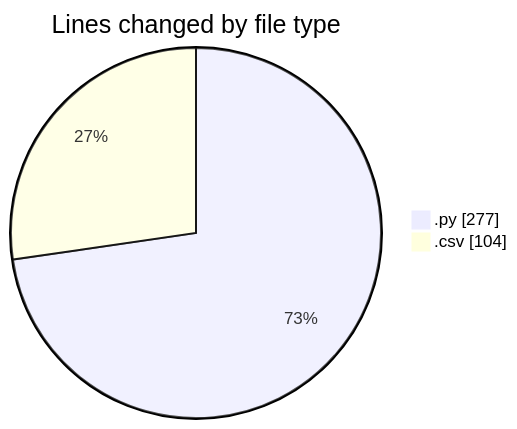
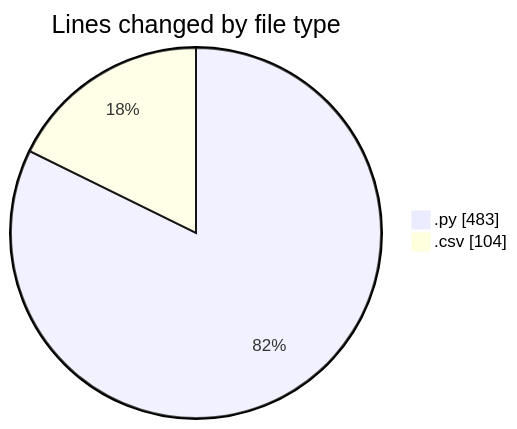
The first of 2 diagrams in 2025-05-04/myws__workspace_/README.md (MatusMokan/code-tracking), drawn with Mermaid before and after one commit. The commit also changed other lines of this file and 1 other file, not shown here.

````diff
--- a/2025-05-04/myws__workspace_/README.md
+++ b/2025-05-04/myws__workspace_/README.md
@@ -22,6 +23,6 @@
 ```mermaid
 pie showData
 title Lines changed by file type
-".py" : 277
+".py" : 483
 ".csv" : 104
 ```
````
